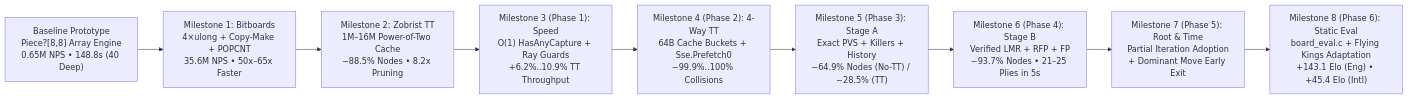
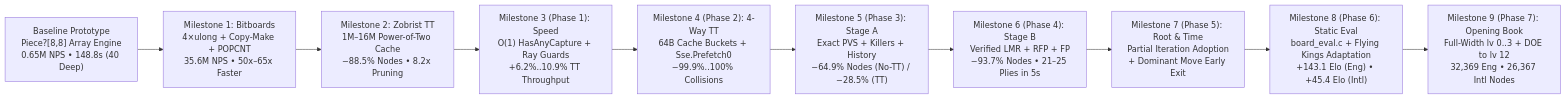
Before and after one commit to cjp-dev/Checkers: the diagram in docs/brain/12-engine-improvements.md, drawn with Mermaid. The commit also changed other lines of this file and 11 other files, not shown here.

````diff
--- a/docs/brain/12-engine-improvements.md
+++ b/docs/brain/12-engine-improvements.md
@@ -21,11 +22,12 @@
 ```mermaid
 flowchart LR
     M0["Baseline Prototype<br/>Piece?[8,8] Array Engine<br/>0.65M NPS • 148.8s (40 Deep)"] --> M1["Milestone 1: Bitboards<br/>4×ulong + Copy-Make + POPCNT<br/>35.6M NPS • 50x–65x Faster"]
     M1 --> M2["Milestone 2: Zobrist TT<br/>1M–16M Power-of-Two Cache<br/>−88.5% Nodes • 8.2x Pruning"]
     M2 --> P1["Milestone 3 (Phase 1): Speed<br/>O(1) HasAnyCapture + Ray Guards<br/>+6.2%..10.9% TT Throughput"]
     P1 --> P2["Milestone 4 (Phase 2): 4-Way TT<br/>64B Cache Buckets + Sse.Prefetch0<br/>−99.9%..100% Collisions"]
     P2 --> P3["Milestone 5 (Phase 3): Stage A<br/>Exact PVS + Killers + History<br/>−64.9% Nodes (No-TT) / −28.5% (TT)"]
     P3 --> P4["Milestone 6 (Phase 4): Stage B<br/>Verified LMR + RFP + FP<br/>−93.7% Nodes • 21–25 Plies in 5s"]
     P4 --> P5["Milestone 7 (Phase 5): Root &amp; Time<br/>Partial Iteration Adoption<br/>+ Dominant Move Early Exit"]
     P5 --> P6["Milestone 8 (Phase 6): Static Eval<br/>board_eval.c + Flying Kings Adaptation<br/>+143.1 Elo (Eng) • +45.4 Elo (Intl)"]
+    P6 --> P7["Milestone 9 (Phase 7): Opening Book<br/>Full-Width lv 0..3 + DOE to lv 12<br/>32,369 Eng • 26,367 Intl Nodes"]
 ```
````
